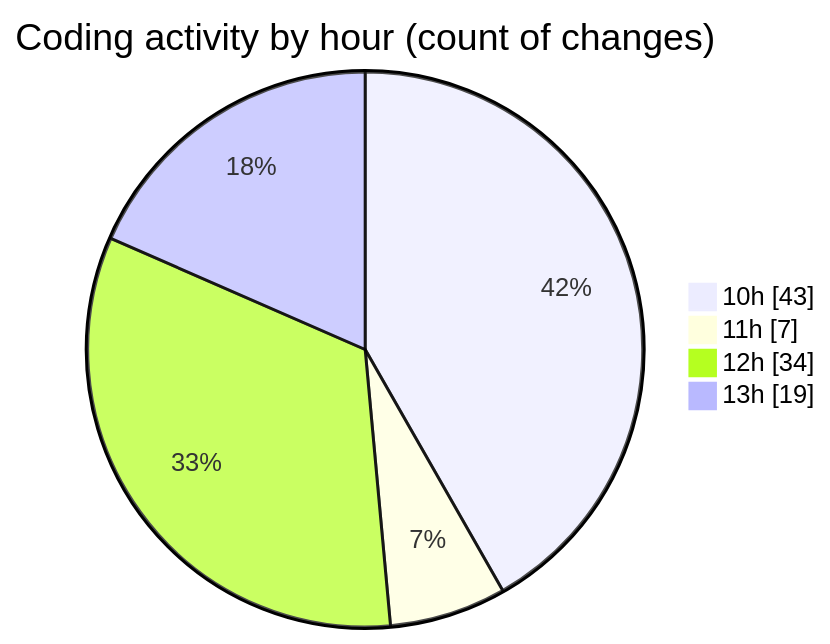
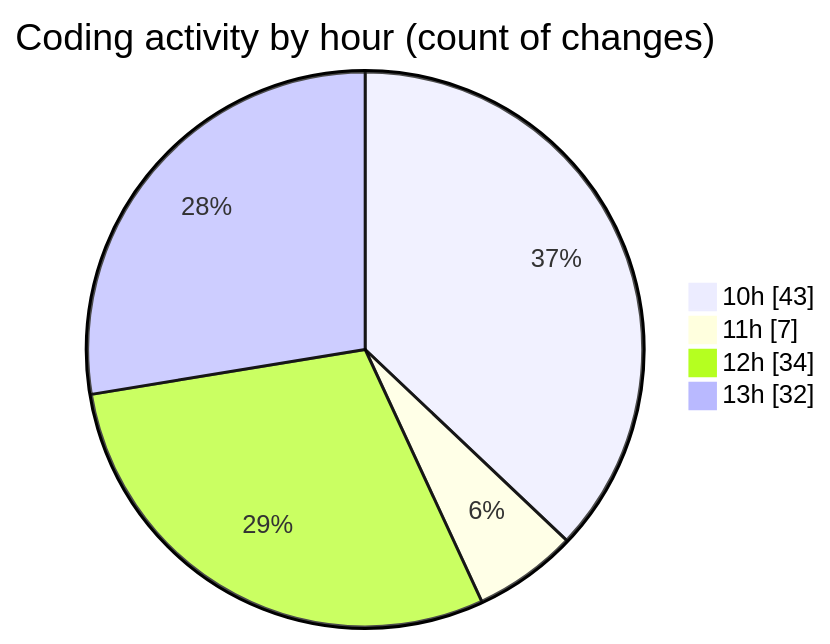
The second of 2 diagrams in 2025-10-29/cda/README.md (momahboobian/code-tracking), drawn with Mermaid before and after one commit. The commit also changed other lines of this file and 1 other file, not shown here.

````diff
--- a/2025-10-29/cda/README.md
+++ b/2025-10-29/cda/README.md
@@ -52,8 +52,8 @@
 ```mermaid
 pie showData
 title Coding activity by hour (count of changes)
 "10h" : 43
 "11h" : 7
 "12h" : 34
-"13h" : 19
+"13h" : 32
 ```
````
